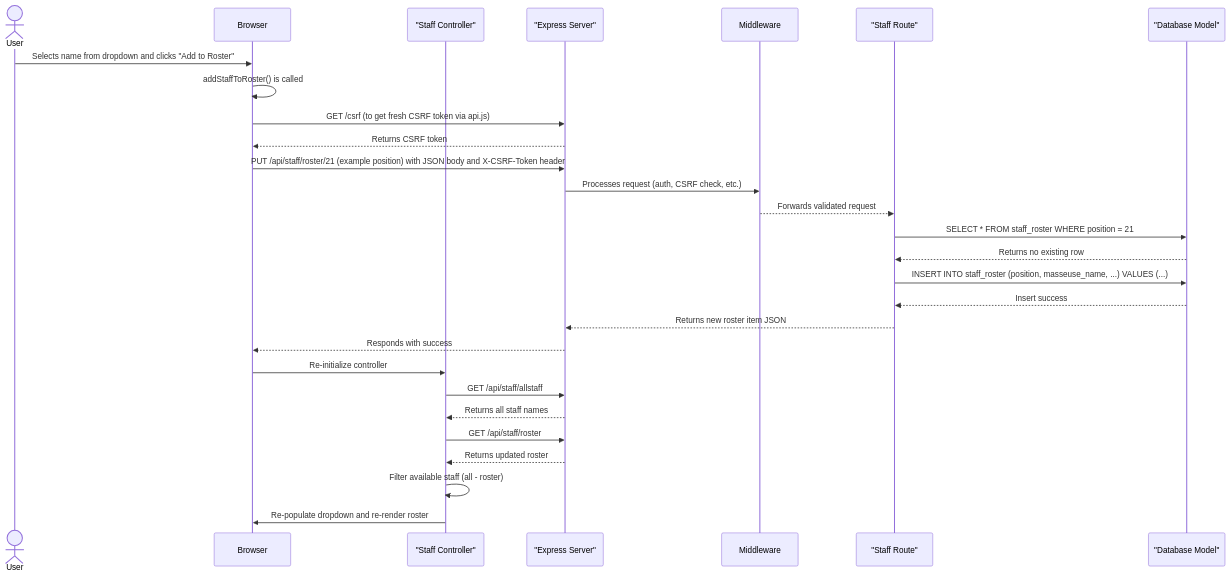
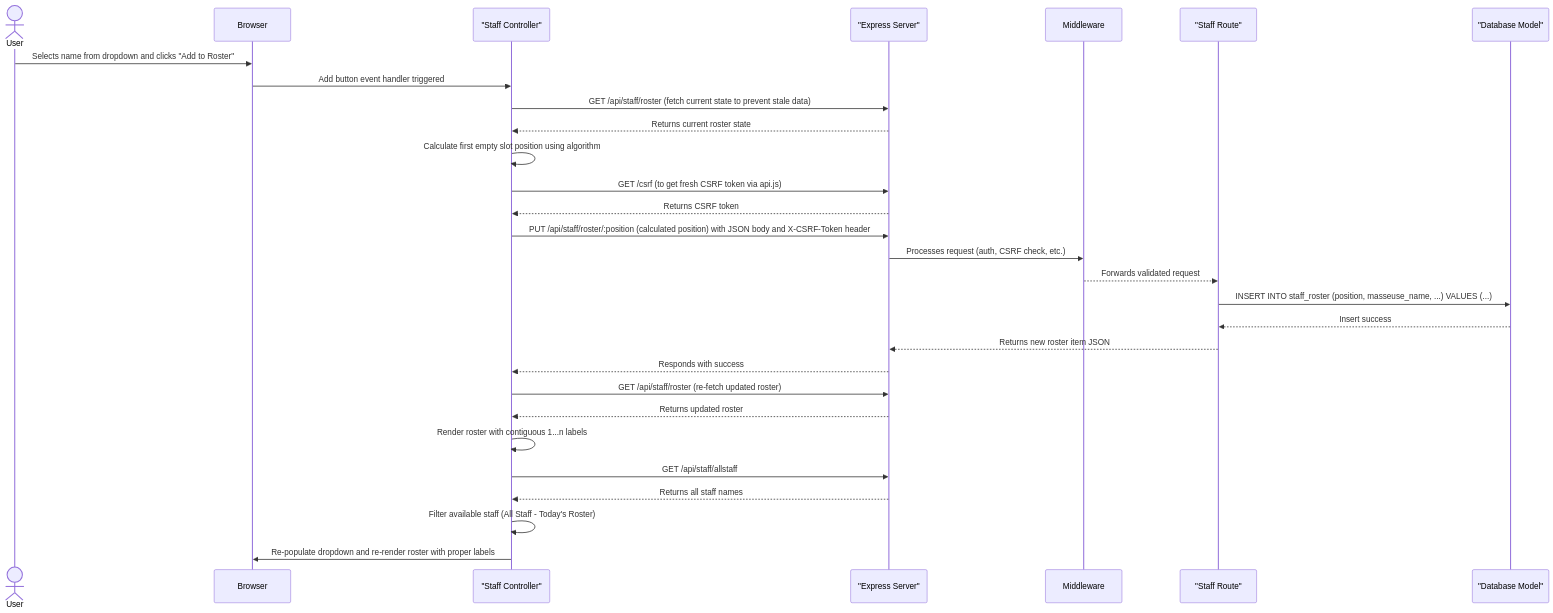
The fifth of 5 diagrams in 00-project-docs/new-docs/REPOSITORY_CONTEXT.md (minipanther555/massage-shop-accounting), drawn with Mermaid before and after one commit. The commit also changed other lines of this file and 5 other files, not shown here.

````diff
--- a/00-project-docs/new-docs/REPOSITORY_CONTEXT.md
+++ b/00-project-docs/new-docs/REPOSITORY_CONTEXT.md
@@ -367,31 +381,32 @@
 ```mermaid
 sequenceDiagram
     actor User
     participant Browser
     participant Controller as "Staff Controller"
     participant Express as "Express Server"
     participant Middleware
     participant staff.js as "Staff Route"
     participant database.js as "Database Model"
 
     User->>Browser: Selects name from dropdown and clicks "Add to Roster"
-    Browser->>Browser: addStaffToRoster() is called
-    Browser->>Express: GET /csrf (to get fresh CSRF token via api.js)
-    Express-->>Browser: Returns CSRF token
-    Browser->>Express: PUT /api/staff/roster/21 (example position) with JSON body and X-CSRF-Token header
+    Browser->>Controller: Add button event handler triggered
+    Controller->>Express: GET /api/staff/roster (fetch current state to prevent stale data)
+    Express-->>Controller: Returns current roster state
+    Controller->>Controller: Calculate first empty slot position using algorithm
+    Controller->>Express: GET /csrf (to get fresh CSRF token via api.js)
+    Express-->>Controller: Returns CSRF token
+    Controller->>Express: PUT /api/staff/roster/:position (calculated position) with JSON body and X-CSRF-Token header
     Express->>Middleware: Processes request (auth, CSRF check, etc.)
     Middleware-->>staff.js: Forwards validated request
-    staff.js->>database.js: SELECT * FROM staff_roster WHERE position = 21
-    database.js-->>staff.js: Returns no existing row
     staff.js->>database.js: INSERT INTO staff_roster (position, masseuse_name, ...) VALUES (...)
     database.js-->>staff.js: Insert success
     staff.js-->>Express: Returns new roster item JSON
-    Express-->>Browser: Responds with success
-    Browser->>Controller: Re-initialize controller
+    Express-->>Controller: Responds with success
+    Controller->>Express: GET /api/staff/roster (re-fetch updated roster)
+    Express-->>Controller: Returns updated roster
+    Controller->>Controller: Render roster with contiguous 1...n labels
     Controller->>Express: GET /api/staff/allstaff
     Express-->>Controller: Returns all staff names
-    Controller->>Express: GET /api/staff/roster
-    Express-->>Controller: Returns updated roster
-    Controller->>Controller: Filter available staff (all - roster)
-    Controller->>Browser: Re-populate dropdown and re-render roster
+    Controller->>Controller: Filter available staff (All Staff - Today's Roster)
+    Controller->>Browser: Re-populate dropdown and re-render roster with proper labels
 ```
````
